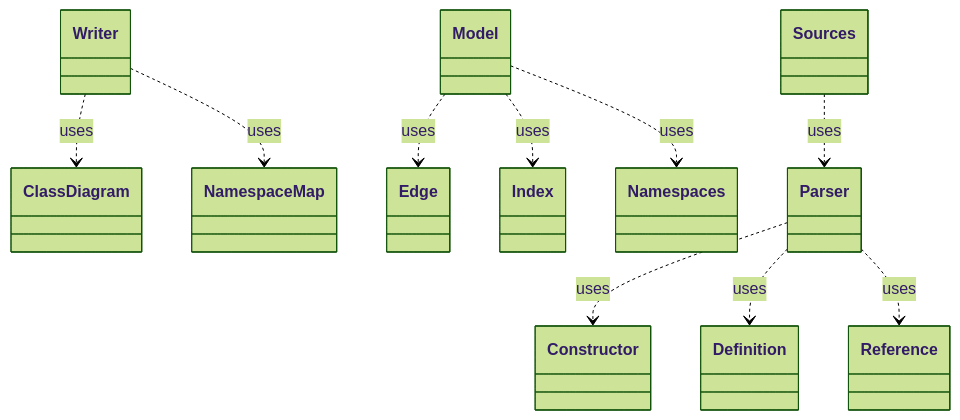
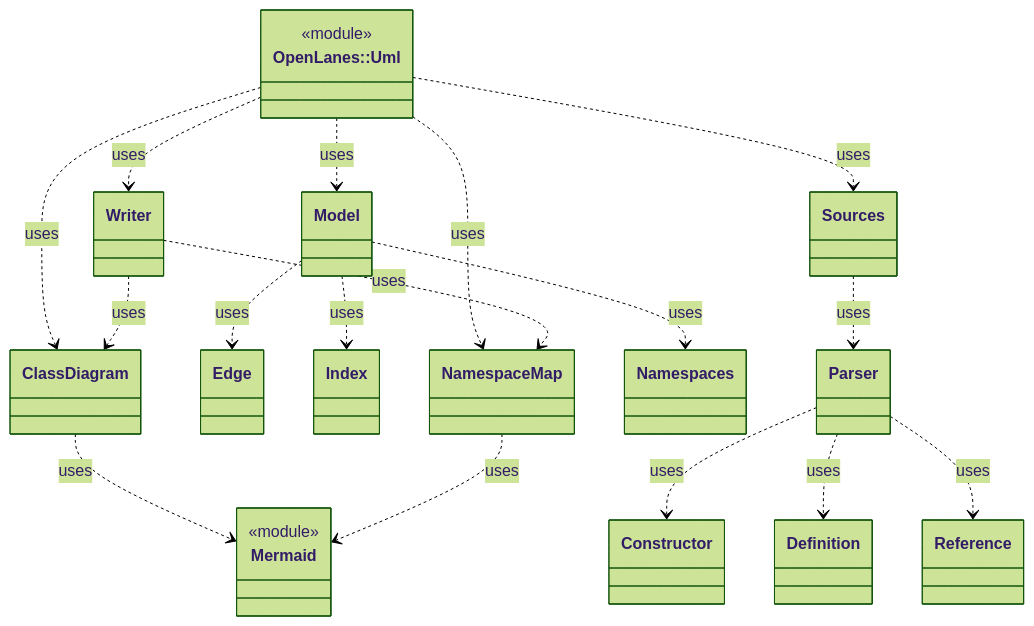
One commit to kigster/openlanes changed the diagram in docs/architecture/openlanes-uml.md. Above: the diagram before and after it, drawn with Mermaid (forest theme). The commit also changed 33 other files, not shown here.

````diff
--- a/docs/architecture/openlanes-uml.md
+++ b/docs/architecture/openlanes-uml.md
@@ -5,24 +5,35 @@
 ```mermaid
 classDiagram
+  class OpenLanes__Uml["OpenLanes::Uml"]
+  <<module>> OpenLanes__Uml
   class OpenLanes__Uml__ClassDiagram["ClassDiagram"]
   class OpenLanes__Uml__Constructor["Constructor"]
   class OpenLanes__Uml__Definition["Definition"]
   class OpenLanes__Uml__Edge["Edge"]
   class OpenLanes__Uml__Index["Index"]
+  class OpenLanes__Uml__Mermaid["Mermaid"]
+  <<module>> OpenLanes__Uml__Mermaid
   class OpenLanes__Uml__Model["Model"]
   class OpenLanes__Uml__NamespaceMap["NamespaceMap"]
   class OpenLanes__Uml__Namespaces["Namespaces"]
   class OpenLanes__Uml__Parser["Parser"]
   class OpenLanes__Uml__Reference["Reference"]
   class OpenLanes__Uml__Sources["Sources"]
   class OpenLanes__Uml__Writer["Writer"]
+  OpenLanes__Uml ..> OpenLanes__Uml__ClassDiagram : uses
+  OpenLanes__Uml ..> OpenLanes__Uml__Model : uses
+  OpenLanes__Uml ..> OpenLanes__Uml__NamespaceMap : uses
+  OpenLanes__Uml ..> OpenLanes__Uml__Sources : uses
+  OpenLanes__Uml ..> OpenLanes__Uml__Writer : uses
+  OpenLanes__Uml__ClassDiagram ..> OpenLanes__Uml__Mermaid : uses
   OpenLanes__Uml__Model ..> OpenLanes__Uml__Edge : uses
   OpenLanes__Uml__Model ..> OpenLanes__Uml__Index : uses
   OpenLanes__Uml__Model ..> OpenLanes__Uml__Namespaces : uses
+  OpenLanes__Uml__NamespaceMap ..> OpenLanes__Uml__Mermaid : uses
   OpenLanes__Uml__Parser ..> OpenLanes__Uml__Constructor : uses
   OpenLanes__Uml__Parser ..> OpenLanes__Uml__Definition : uses
   OpenLanes__Uml__Parser ..> OpenLanes__Uml__Reference : uses
   OpenLanes__Uml__Sources ..> OpenLanes__Uml__Parser : uses
   OpenLanes__Uml__Writer ..> OpenLanes__Uml__ClassDiagram : uses
   OpenLanes__Uml__Writer ..> OpenLanes__Uml__NamespaceMap : uses
 ```
````
